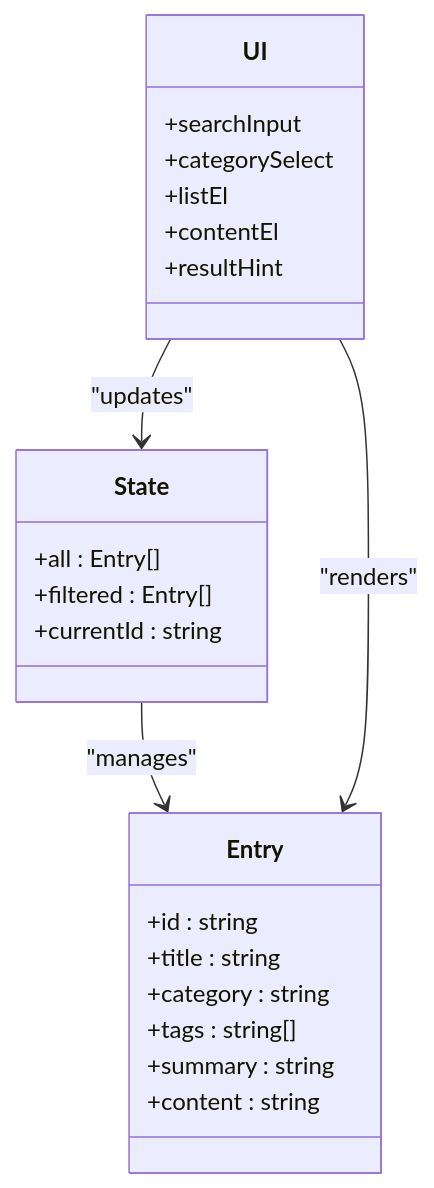
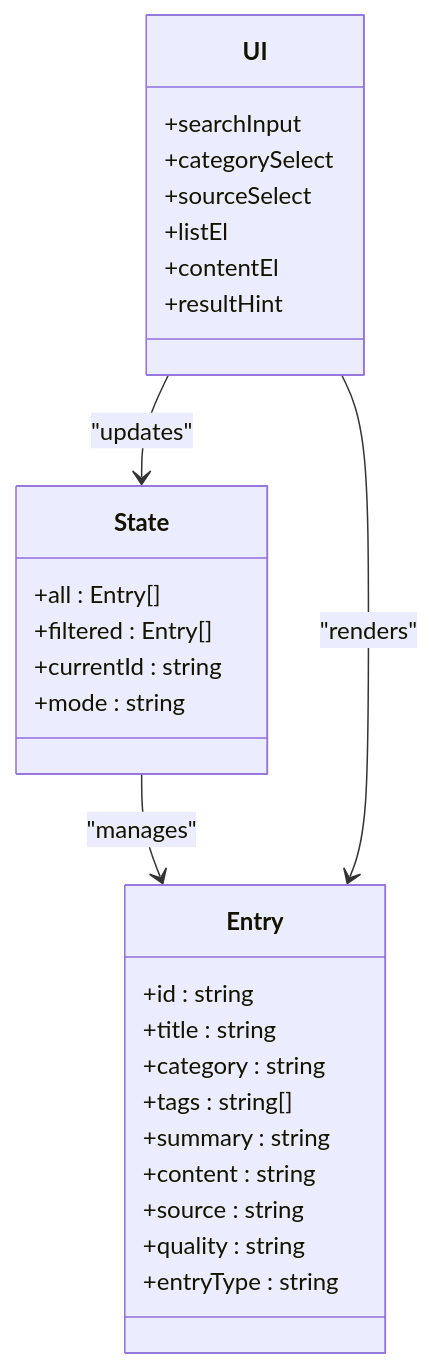
Before and after one commit to treasureGrove/TAWEBTOOL: the fifth of 7 diagrams in .qoder/repowiki/en/content/Knowledge Base System/TA Wiki Frontend.md, drawn with Mermaid. The commit also changed other lines of this file and 101 other files, not shown here.

````diff
--- a/.qoder/repowiki/en/content/Knowledge Base System/TA Wiki Frontend.md
+++ b/.qoder/repowiki/en/content/Knowledge Base System/TA Wiki Frontend.md
@@ -176,26 +186,31 @@
 ```mermaid
 classDiagram
 class State {
 +all : Entry[]
 +filtered : Entry[]
 +currentId : string
++mode : string
 }
 class Entry {
 +id : string
 +title : string
 +category : string
 +tags : string[]
 +summary : string
 +content : string
++source : string
++quality : string
++entryType : string
 }
 class UI {
 +searchInput
 +categorySelect
++sourceSelect
 +listEl
 +contentEl
 +resultHint
 }
 State --> Entry : "manages"
 UI --> State : "updates"
 UI --> Entry : "renders"
 ```
````
